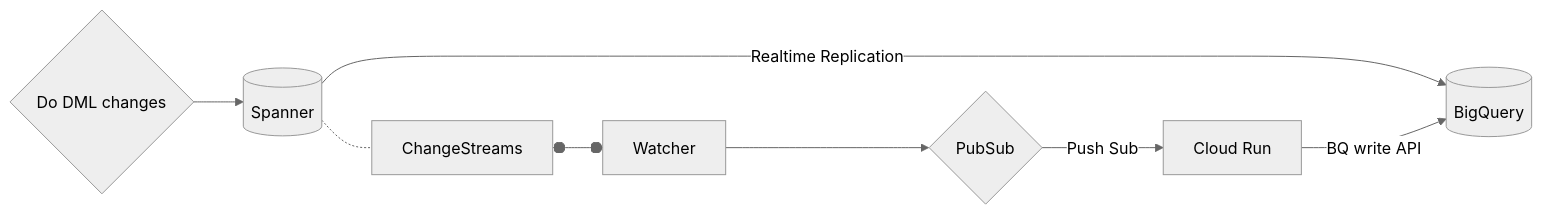
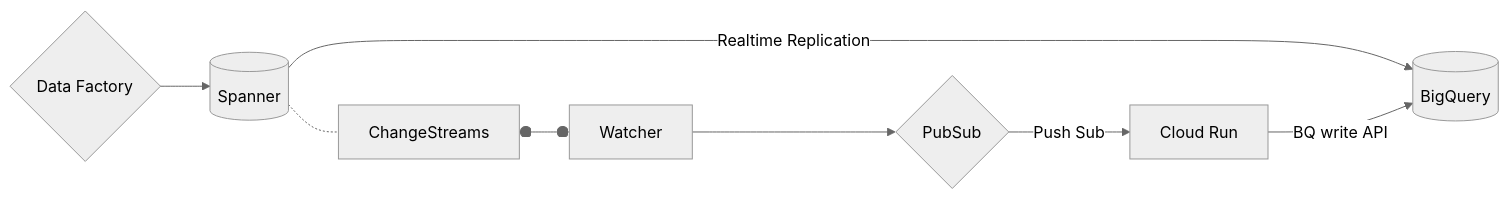
The fourth of 4 diagrams in README.md (mogranjm/change-streams-poc), drawn with Mermaid (neutral theme) before and after one commit.

Commit message:
data factory

````diff
--- a/README.md
+++ b/README.md
@@ -76,7 +76,7 @@
 ```mermaid
 flowchart LR
     S -- Realtime Replication --> BQ
-    DML{Do DML changes} --> S[(Spanner)] -.- CS[ChangeStreams] 
+    DML{Data Factory} --> S[(Spanner)] -.- CS[ChangeStreams] 
     CS o--o W[Watcher]
     W --> PS{PubSub} -- Push Sub --> CR[Cloud Run] -- BQ write API --> BQ[(BigQuery)]
 ```
````
